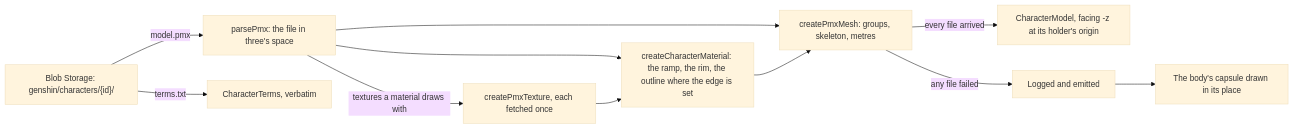
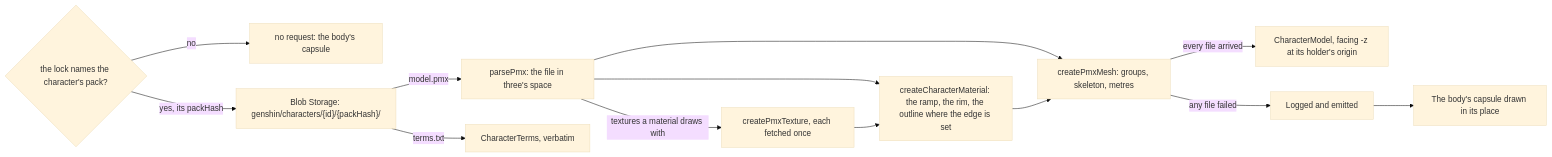
Before and after one commit to Esposter/Esposter: the first of 2 diagrams in apps/web/content/docs/genshin/characters.md, drawn with Mermaid (base theme). The commit also changed other lines of this file and 52 other files, not shown here.

First line of the commit message:
feat(scripts): genshin:characters publish stores each official pack create-only under its content hash in both accounts, then its record and the lock

````diff
--- a/apps/web/content/docs/genshin/characters.md
+++ b/apps/web/content/docs/genshin/characters.md
@@ -12,13 +12,15 @@
 ```mermaid
 flowchart LR
-  BLOB["Blob Storage: genshin/characters/{id}/"] -->|"model.pmx"| PARSE["parsePmx: the file in three's space"]
+  LOCK{"the lock names the character's pack?"} -->|no| NONE["no request: the body's capsule"]
+  LOCK -->|"yes, its packHash"| BLOB["Blob Storage: genshin/characters/{id}/{packHash}/"]
+  BLOB -->|"model.pmx"| PARSE["parsePmx: the file in three's space"]
   PARSE -->|"textures a material draws with"| TEXTURE["createPmxTexture, each fetched once"]
   PARSE --> MATERIAL["createCharacterMaterial: the ramp, the rim, the outline where the edge is set"]
   TEXTURE --> MATERIAL
   PARSE --> MESH["createPmxMesh: groups, skeleton, metres"]
   MATERIAL --> MESH
   MESH -->|"every file arrived"| MODEL["CharacterModel, facing -z at its holder's origin"]
   MESH -->|"any file failed"| LOG["Logged and emitted"]
   LOG --> CAPSULE["The body's capsule drawn in its place"]
   BLOB -->|"terms.txt"| TERMS["CharacterTerms, verbatim"]
 ```
````
